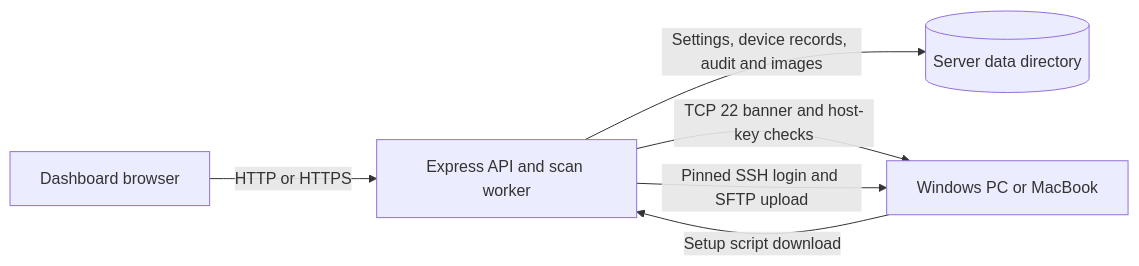
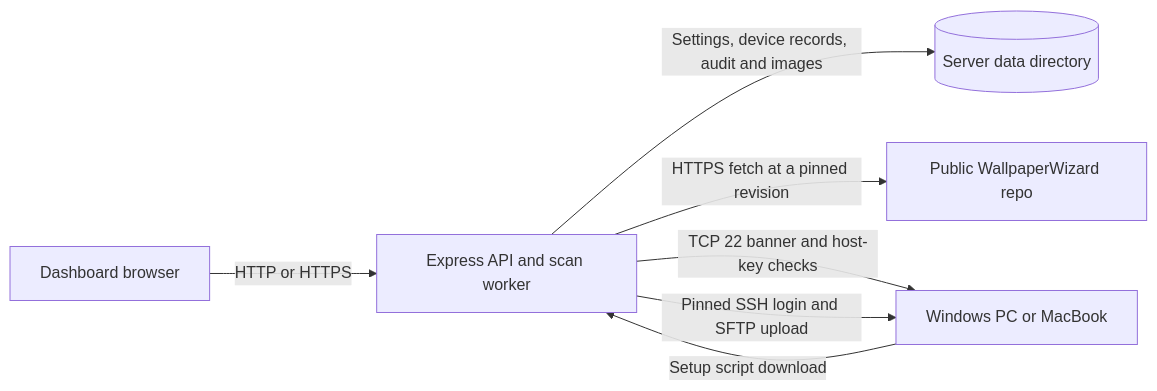
Before and after one commit to sanjaykshebbar/WallpaperWizard: the diagram in DESIGN.md, drawn with Mermaid. The commit also changed other lines of this file and 7 other files, not shown here.

Commit message:
Fetch setup scripts from the WallpaperWizard GitHub repo

````diff
--- a/DESIGN.md
+++ b/DESIGN.md
@@ -7,8 +7,9 @@
 ```mermaid
 flowchart LR
     Browser[Dashboard browser] -->|HTTP or HTTPS| Server[Express API and scan worker]
     Server -->|Settings, device records, audit and images| Data[(Server data directory)]
     Client[Windows PC or MacBook] -->|Setup script download| Server
+    Server -->|HTTPS fetch at a pinned revision| GitHub[Public WallpaperWizard repo]
     Server -->|TCP 22 banner and host-key checks| Client
     Server -->|Pinned SSH login and SFTP upload| Client
 ```
````
